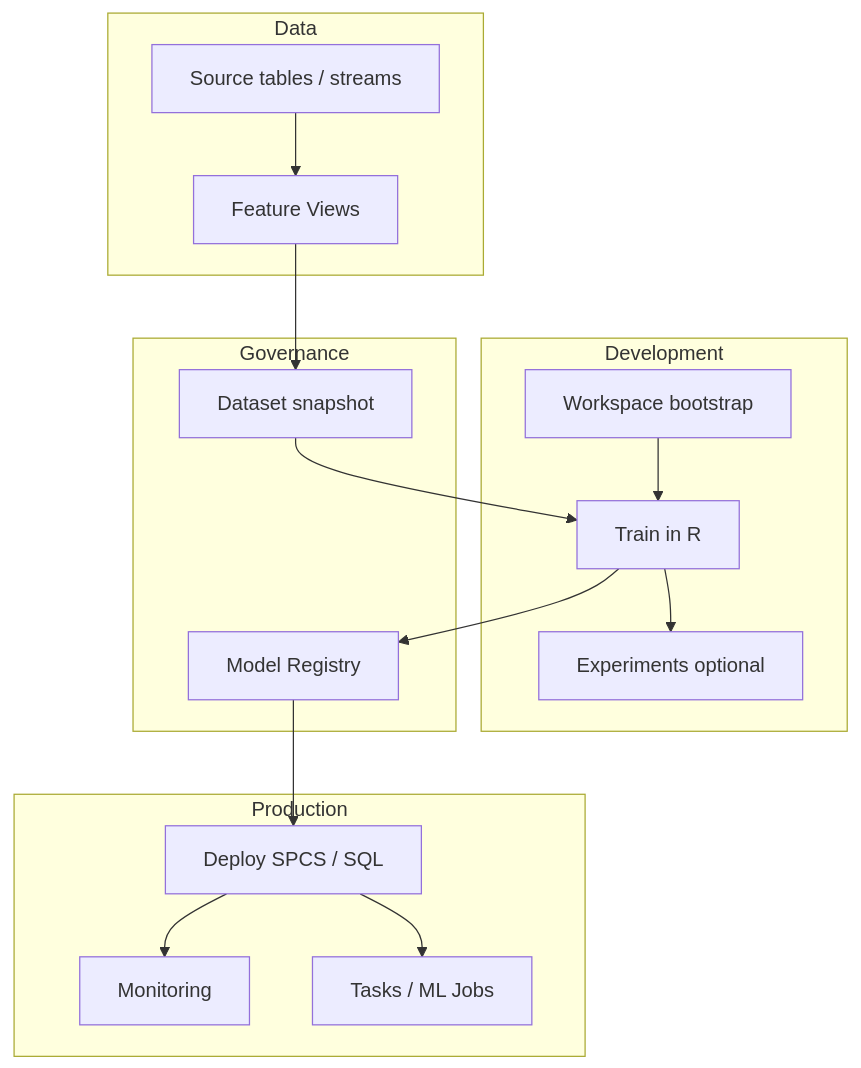
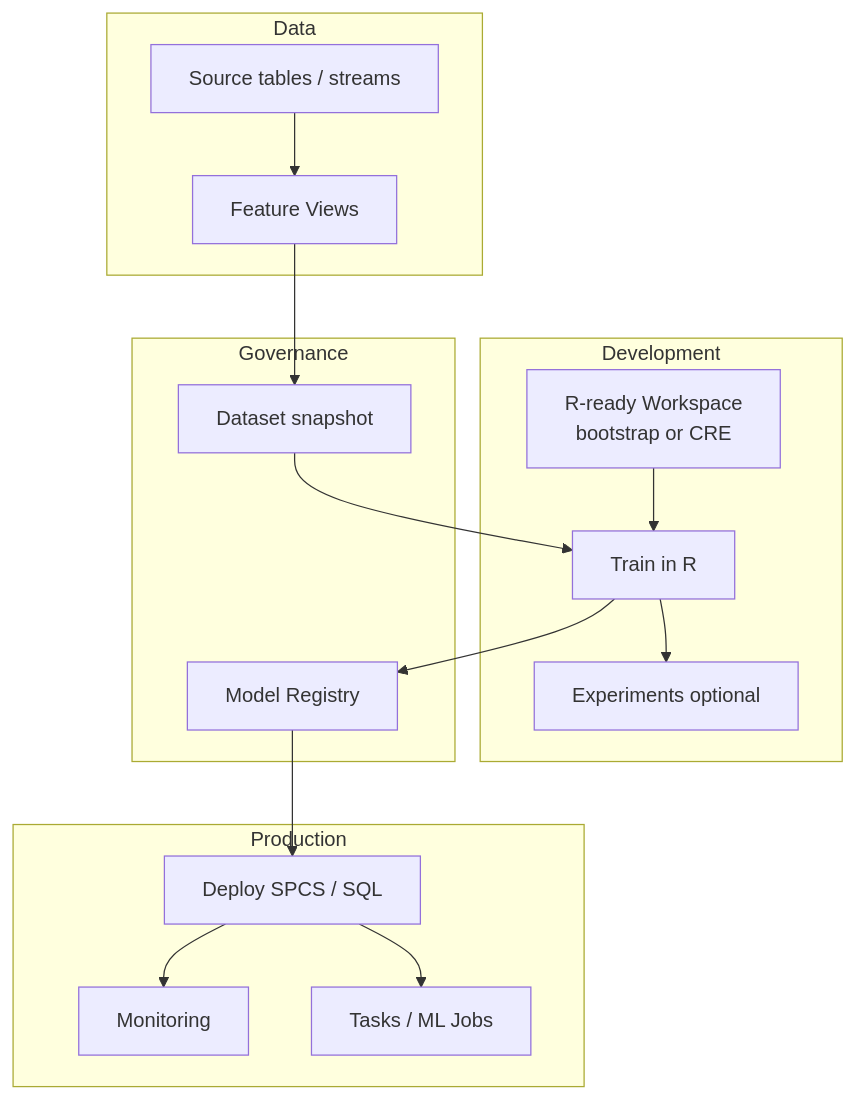
Before and after one commit to Snowflake-Labs/snowflakeR: the diagram in guide/Hitchhikers_Guide_to_R_in_Snowflake/23_end_to_end/index.qmd, drawn with Mermaid. The commit also changed other lines of this file and 21 other files, not shown here.

````diff
--- a/guide/Hitchhikers_Guide_to_R_in_Snowflake/23_end_to_end/index.qmd
+++ b/guide/Hitchhikers_Guide_to_R_in_Snowflake/23_end_to_end/index.qmd
@@ -21,26 +23,26 @@
 ```{mermaid}
 flowchart TB
   subgraph ingest [Data]
     src[Source tables / streams]
     fv[Feature Views]
   end
   subgraph dev [Development]
-    boot[Workspace bootstrap]
+    boot["R-ready Workspace<br/>bootstrap or CRE"]
     train[Train in R]
     exp[Experiments optional]
   end
   subgraph govern [Governance]
     ds[Dataset snapshot]
     reg[Model Registry]
   end
   subgraph prod [Production]
     dep[Deploy SPCS / SQL]
     mon[Monitoring]
     task[Tasks / ML Jobs]
   end
   src --> fv --> ds --> train
   boot --> train
   train --> exp
   train --> reg --> dep --> mon
   dep --> task
 ```
````
